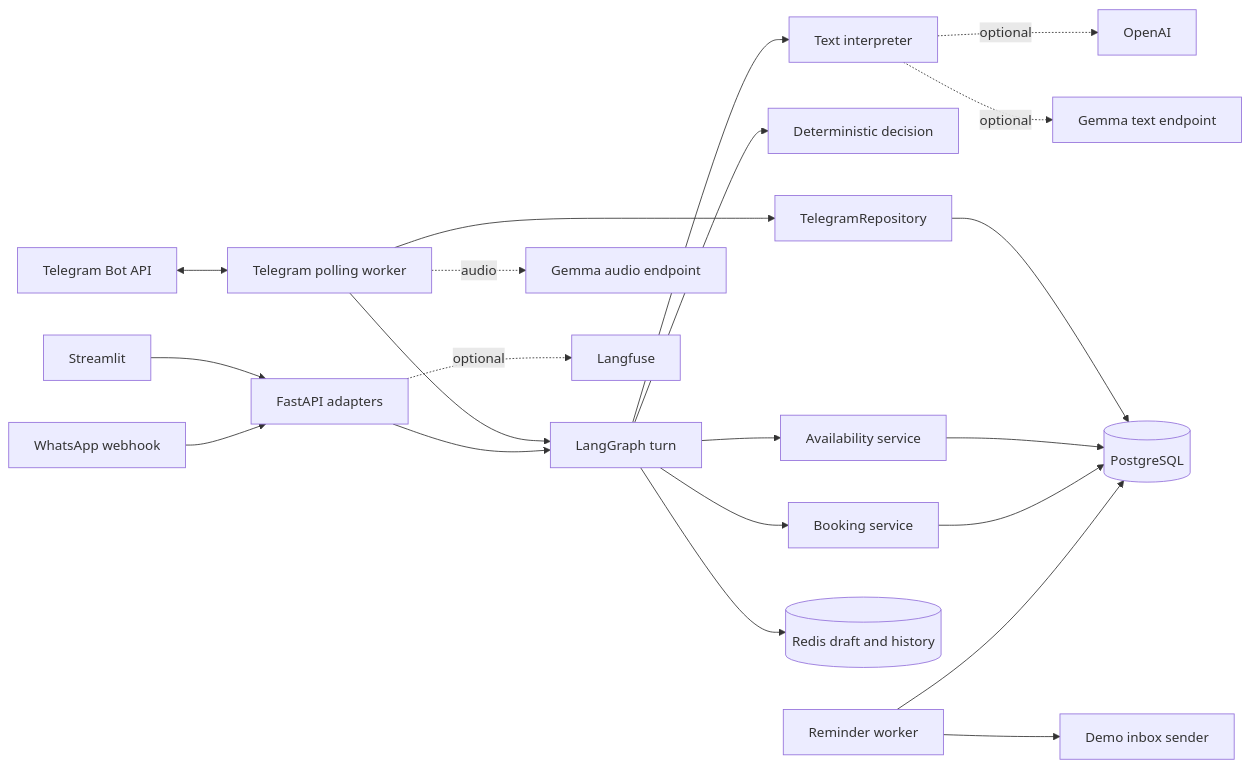
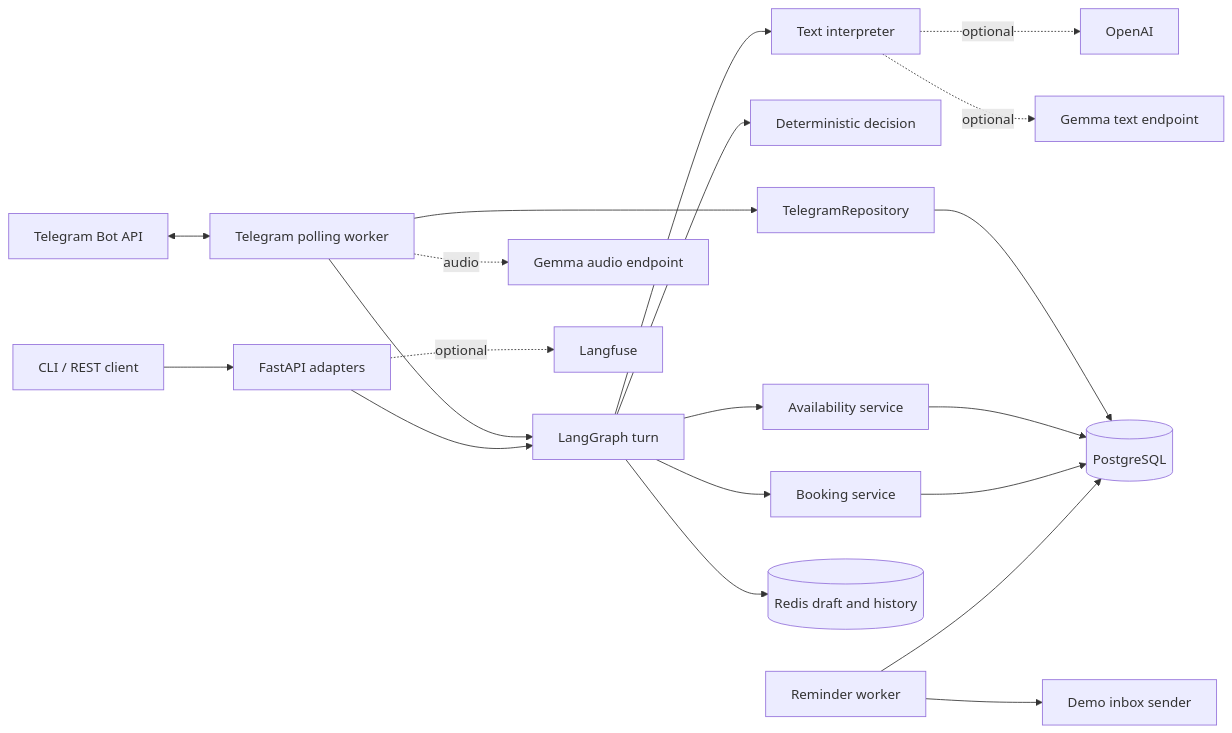
One commit to ktakanopy/capy-appointment-bot changed the first of 5 diagrams in docs/architecture.md. Above: the diagram before and after it, drawn with Mermaid. The commit also changed other lines of this file and 38 other files, not shown here.

````diff
--- a/docs/architecture.md
+++ b/docs/architecture.md
@@ -7,23 +7,22 @@
 ```mermaid
 flowchart LR
-  Browser[Streamlit] --> API[FastAPI adapters]
-  WhatsApp[WhatsApp webhook] --> API
+  CLI[CLI / REST client] --> API[FastAPI adapters]
   Telegram[Telegram Bot API] <--> TelegramWorker[Telegram polling worker]
   TelegramWorker --> TelegramLedger[TelegramRepository]
   TelegramLedger --> DB[(PostgreSQL)]
   TelegramWorker --> Graph[LangGraph turn]
   TelegramWorker -. audio .-> GemmaAudio[Gemma audio endpoint]
   API --> Graph[LangGraph turn]
   Graph --> Decision[Deterministic decision]
   Graph --> Interpreter[Text interpreter]
   Graph --> Availability[Availability service]
   Graph --> Booking[Booking service]
   Availability --> DB[(PostgreSQL)]
   Booking --> DB
   Graph --> Redis[(Redis draft and history)]
   Worker[Reminder worker] --> DB
   Worker --> Inbox[Demo inbox sender]
   Interpreter -. optional .-> LLM[OpenAI]
   Interpreter -. optional .-> GemmaText[Gemma text endpoint]
   API -. optional .-> Trace[Langfuse]
 ```
````
